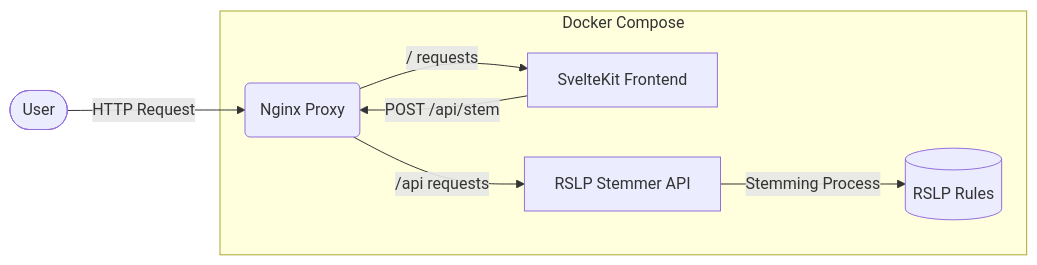
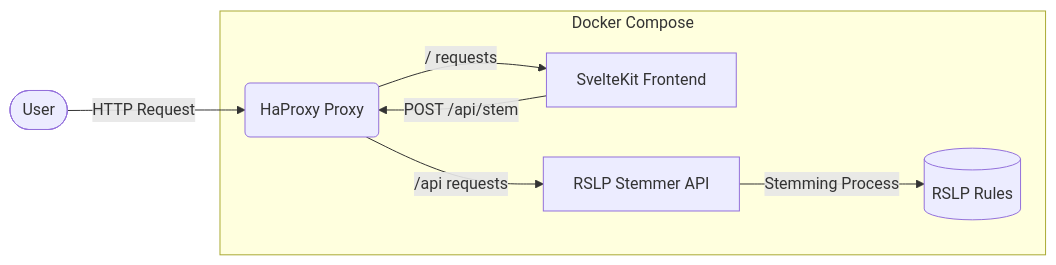
The first of 2 diagrams in README.md (MateuxLucax/rslp-checker), drawn with Mermaid before and after one commit. The commit also changed other lines of this file and 2 other files, not shown here.

Commit message:
refac: add local and remove docker compose

````diff
--- a/README.md
+++ b/README.md
@@ -13,14 +12,14 @@
 ```mermaid
 flowchart LR
-    Client([User]) -->|HTTP Request| Nginx(Nginx Proxy)
-    Nginx -->|/ requests| Frontend[SvelteKit Frontend]
-    Nginx -->|/api requests| Backend[RSLP Stemmer API]
-    Frontend -->|POST /api/stem| Nginx
+    Client([User]) -->|HTTP Request| HaProxy(HaProxy Proxy)
+    HaProxy -->|/ requests| Frontend[SvelteKit Frontend]
+    HaProxy -->|/api requests| Backend[RSLP Stemmer API]
+    Frontend -->|POST /api/stem| HaProxy
     Backend -->|Stemming Process| RSLPRules[(RSLP Rules)]
     subgraph Docker Compose
-        Nginx
+        HaProxy
         Frontend
         Backend
         RSLPRules
     end
 ```
````
